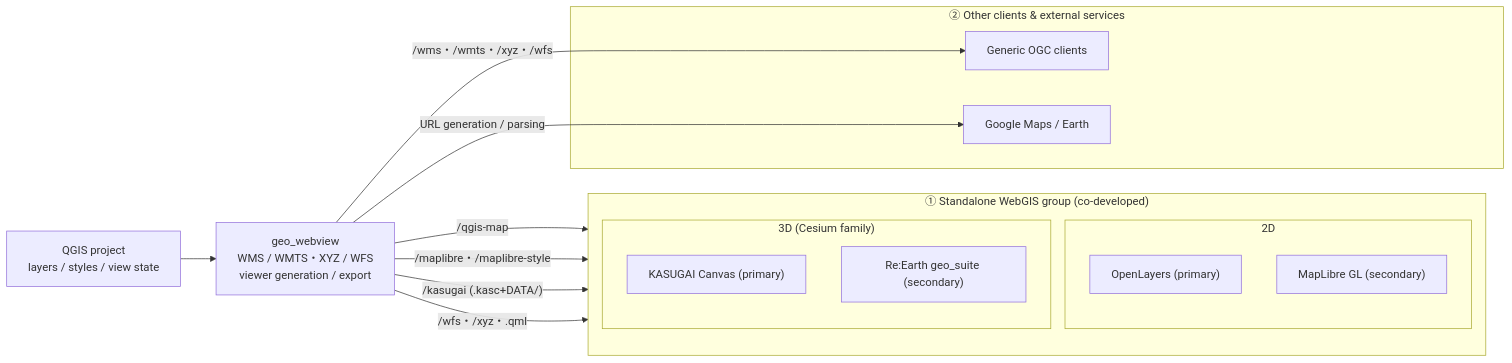
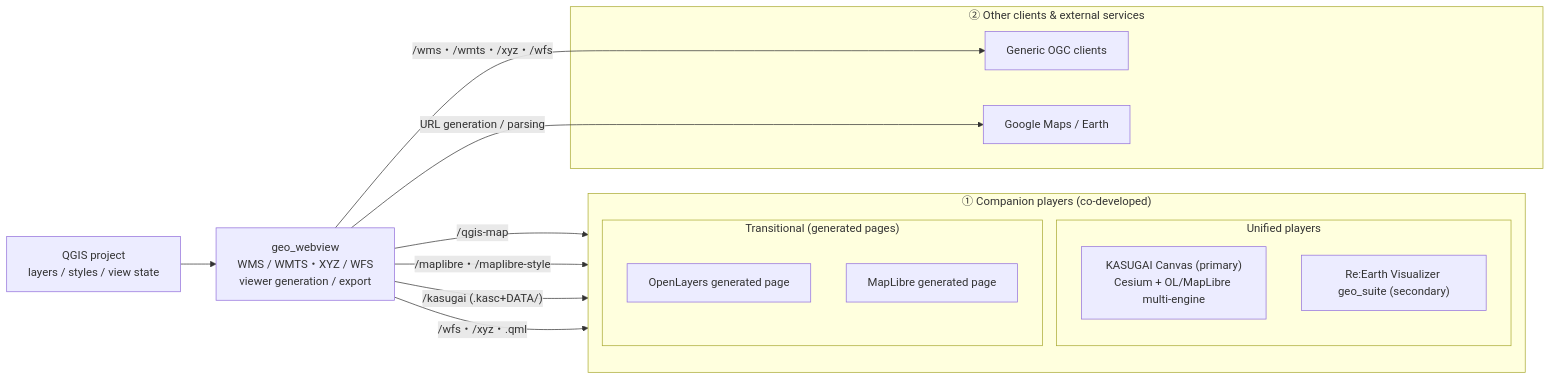
One commit to yamamoto-ryuzo/qgis_live_harness changed the diagram in qgis-plugin/geo_webview/README.md. Above: the diagram before and after it, drawn with Mermaid. The commit also changed other lines of this file and 22 other files, not shown here.

````diff
--- a/qgis-plugin/geo_webview/README.md
+++ b/qgis-plugin/geo_webview/README.md
@@ -49,30 +79,30 @@
 ```mermaid
 flowchart LR
     QGIS["QGIS project<br>layers / styles / view state"]
     GW["geo_webview<br>WMS / WMTS・XYZ / WFS<br>viewer generation / export"]
 
-    subgraph G1["① Standalone WebGIS group (co-developed)"]
+    subgraph G1["① Companion players (co-developed)"]
         direction TB
-        subgraph G1_2D["2D"]
-            OL["OpenLayers (primary)"]
-            ML["MapLibre GL (secondary)"]
+        subgraph G1_UNI["Unified players"]
+            KC["KASUGAI Canvas (primary)<br>Cesium + OL/MapLibre multi-engine"]
+            RE["Re:Earth Visualizer geo_suite (secondary)"]
         end
-        subgraph G1_3D["3D (Cesium family)"]
-            KC["KASUGAI Canvas (primary)"]
-            RE["Re:Earth geo_suite (secondary)"]
+        subgraph G1_TMP["Transitional (generated pages)"]
+            OL["OpenLayers generated page"]
+            ML["MapLibre generated page"]
         end
     end
 
     subgraph G2["② Other clients & external services"]
         OC["Generic OGC clients"]
         GM["Google Maps / Earth"]
     end
 
     QGIS --> GW
     GW -->|"/qgis-map"| OL
     GW -->|"/maplibre・/maplibre-style"| ML
     GW -->|"/kasugai (.kasc+DATA/)"| KC
     GW -->|"/wfs・/xyz・.qml"| RE
     GW -->|"/wms・/wmts・/xyz・/wfs"| OC
     GW -->|"URL generation / parsing"| GM
 ```
````
